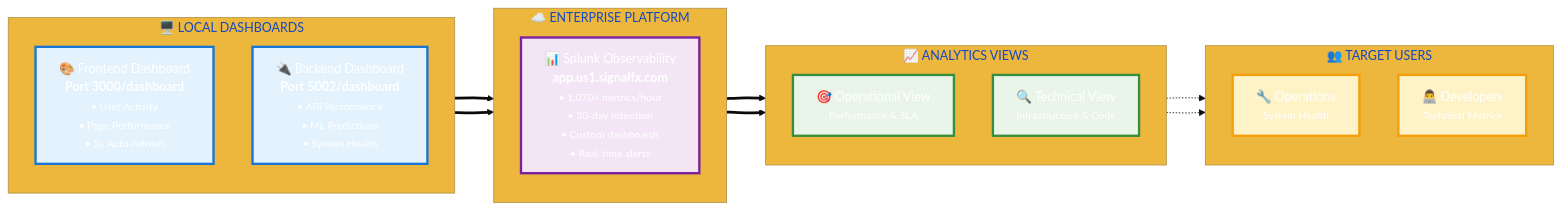
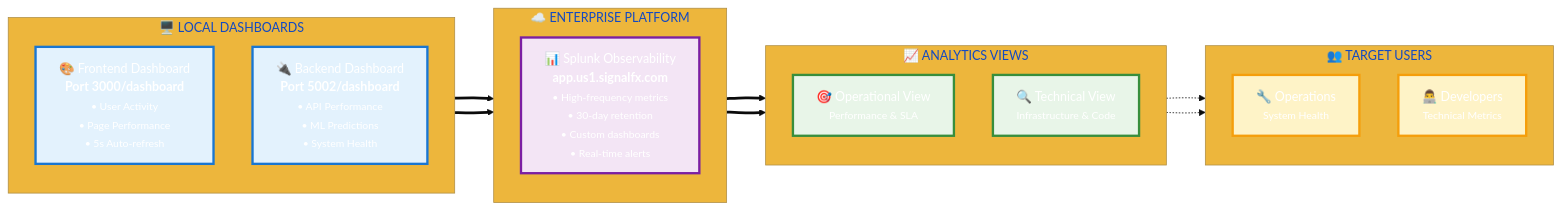
Before and after one commit to andreaendigital/CarPricePredictor-Demo: the eighth of 8 diagrams in docs/jenkins/DOCUMENTATION_FOR_EXPO.md, drawn with Mermaid. The commit also changed other lines of this file and 3 other files, not shown here.

````diff
--- a/docs/jenkins/DOCUMENTATION_FOR_EXPO.md
+++ b/docs/jenkins/DOCUMENTATION_FOR_EXPO.md
@@ -529,47 +730,47 @@
     ```mermaid
     %%{init: {'theme': 'base', 'themeVariables': {'primaryColor': '#2563eb', 'primaryTextColor': '#ffffff'}}}%%
 
     flowchart LR
         subgraph USERS ["👥 TARGET USERS"]
         direction TB
 
         U2["🔧 Operations<br/><small>System Health</small>"]
         U3["👨‍💻 Developers<br/><small>Technical Metrics</small>"]
     end
 
     subgraph LOCAL ["🖥️ LOCAL DASHBOARDS"]
         direction TB
         L1["🎨 Frontend Dashboard<br/><b>Port 3000/dashboard</b><br/><small>• User Activity<br/>• Page Performance<br/>• 5s Auto-refresh</small>"]
         L2["🔌 Backend Dashboard<br/><b>Port 5002/dashboard</b><br/><small>• API Performance<br/>• ML Predictions<br/>• System Health</small>"]
     end
 
     subgraph ENTERPRISE ["☁️ ENTERPRISE PLATFORM"]
         direction TB
-        E1["📊 Splunk Observability<br/><b>app.us1.signalfx.com</b><br/><small>• 1,070+ metrics/hour<br/>• 30-day retention<br/>• Custom dashboards<br/>• Real-time alerts</small>"]
+        E1["📊 Splunk Observability<br/><b>app.us1.signalfx.com</b><br/><small>• High-frequency metrics<br/>• 30-day retention<br/>• Custom dashboards<br/>• Real-time alerts</small>"]
     end
 
     subgraph ANALYTICS ["📈 ANALYTICS VIEWS"]
         direction TB
 
         A2["🎯 Operational View<br/><small>Performance & SLA</small>"]
         A3["🔍 Technical View<br/><small>Infrastructure & Code</small>"]
     end
 
 
     L1 ==> E1
     L2 ==> E1
     E1 ==> A2
     E1 ==> A3
     A2 -.-> U2
     A3 -.-> U3
 
     classDef users fill:#fef3c7,stroke:#f59e0b,stroke-width:3px
     classDef local fill:#e3f2fd,stroke:#1976d2,stroke-width:3px
     classDef enterprise fill:#f3e5f5,stroke:#7b1fa2,stroke-width:3px
     classDef analytics fill:#e8f5e8,stroke:#388e3c,stroke-width:3px
 
     class U2,U3 users
     class L1,L2 local
     class E1 enterprise
     class A2,A3 analytics
     ```
````
